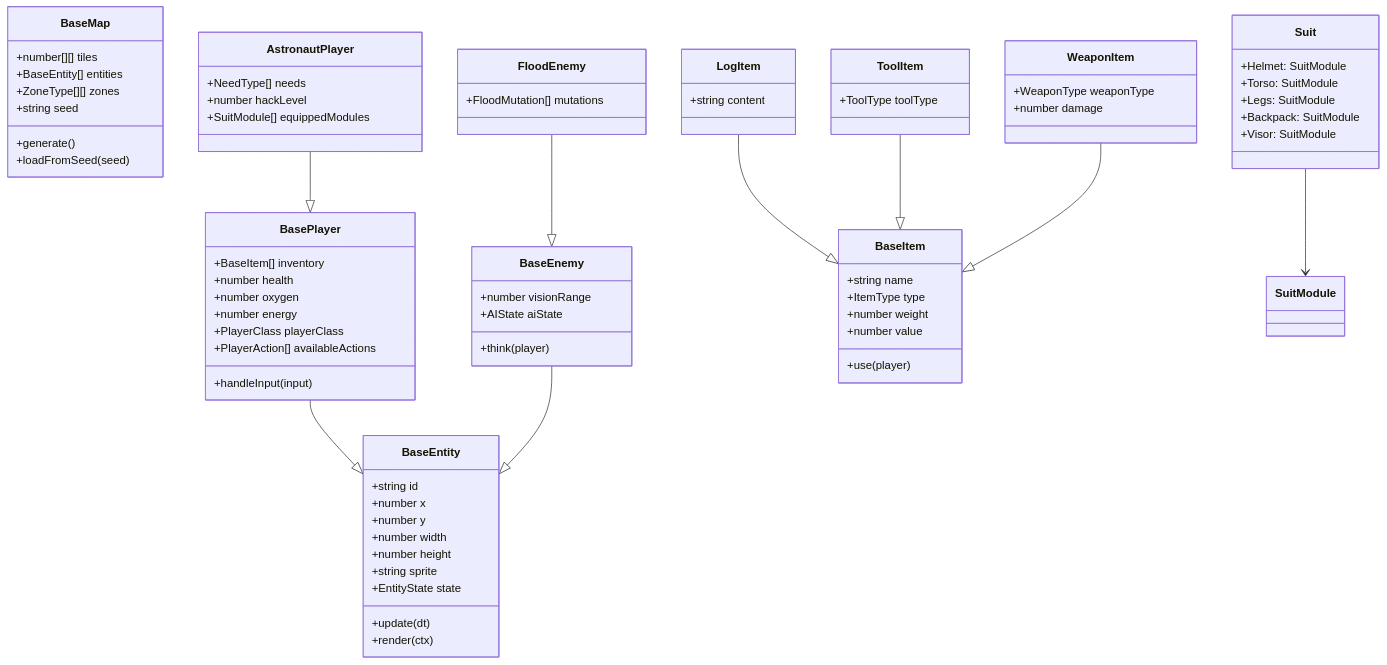
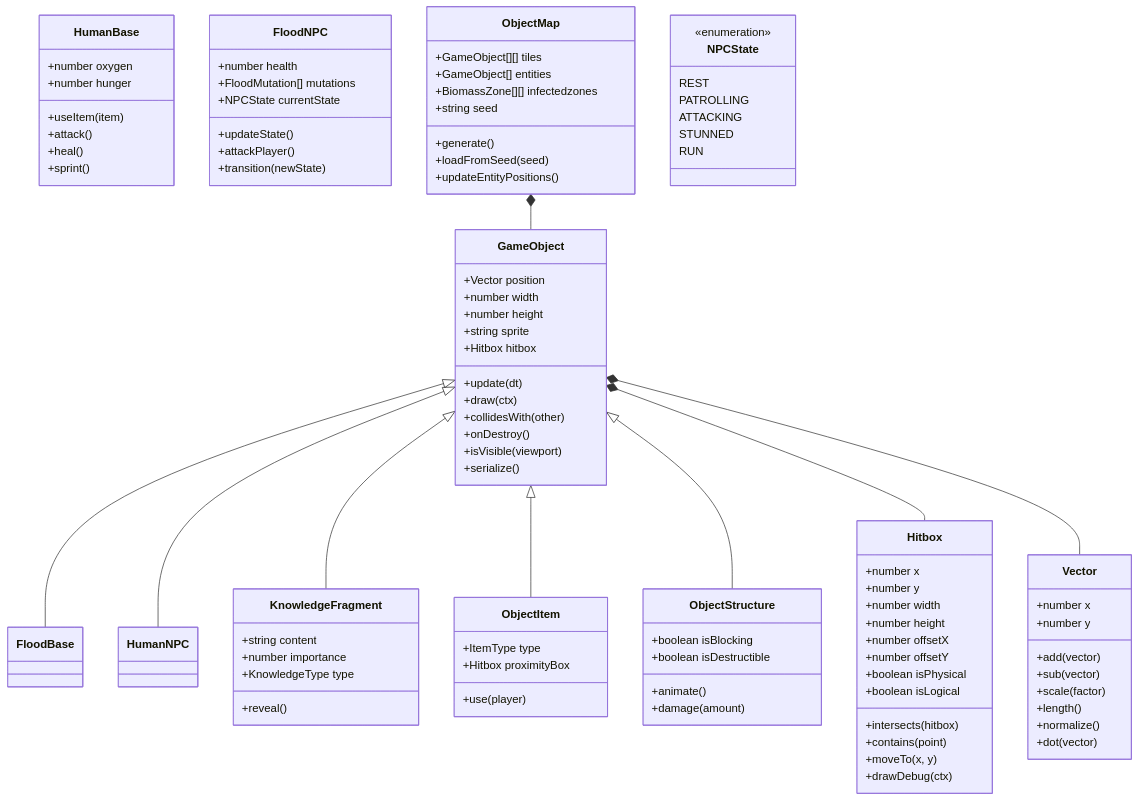
One commit to MAAN-STUDIOS/base-human-edition changed the diagram in GDD.md. Above: the diagram before and after it, drawn with Mermaid. The commit also changed other lines of this file, not shown here.

````diff
--- a/GDD.md
+++ b/GDD.md
@@ -370,91 +163,109 @@
 ```mermaid
+classDiagram
+    class GameObject {
+        +Vector position
+        +number width
+        +number height
+        +string sprite
+        +Hitbox hitbox
+        +update(dt)
+        +draw(ctx)
+        +collidesWith(other)
+        +onDestroy()
+        +isVisible(viewport)
+        +serialize()
+    }
 
-classDiagram
-    class BaseEntity {
-        +string id
+    class HumanBase {
+        +number oxygen
+        +number hunger
+        +useItem(item)
+        +attack()
+        +heal()
+        +sprint()
+    }
+
+    class FloodNPC {
+        +number health
+        +FloodMutation[] mutations
+        +NPCState currentState
+        +updateState()
+        +attackPlayer()
+        +transition(newState)
+    }
+
+
+    class ObjectMap {
+        +GameObject[][] tiles
+        +GameObject[] entities
+        +BiomassZone[][] infectedzones
+        +string seed
+        +generate()
+        +loadFromSeed(seed)
+        +updateEntityPositions()
+    }
+
+    class KnowledgeFragment {
+        +string content
+        +number importance
+        +KnowledgeType type
+        +reveal()
+    }
+
+    class Vector {
+        +number x
+        +number y
+        +add(vector)
+        +sub(vector)
+        +scale(factor)
+        +length()
+        +normalize()
+        +dot(vector)
+    }
+
+    class Hitbox {
         +number x
         +number y
         +number width
         +number height
-        +string sprite
-        +EntityState state
-        +update(dt)
-        +render(ctx)
+        +number offsetX
+        +number offsetY
+        +boolean isPhysical
+        +boolean isLogical
+        +intersects(hitbox)
+        +contains(point)
+        +moveTo(x, y)
+        +drawDebug(ctx)
     }
 
-    class BasePlayer {
-        +BaseItem[] inventory
-        +number health
-        +number oxygen
-        +number energy
-        +PlayerClass playerClass
-        +PlayerAction[] availableActions
-        +handleInput(input)
+    class ObjectItem {
+        +ItemType type
+        +use(player)
+        +Hitbox proximityBox
     }
 
-    class BaseEnemy {
-        +number visionRange
-        +AIState aiState
-        +think(player)
+    class ObjectStructure {
+        +boolean isBlocking
+        +boolean isDestructible
+        +animate()
+        +damage(amount)
     }
 
-    class BaseMap {
-        +number[][] tiles
-        +BaseEntity[] entities
-        +ZoneType[][] zones
-        +string seed
-        +generate()
-        +loadFromSeed(seed)
+    class NPCState {
+        <<enumeration>>
+        REST
+        PATROLLING
+        ATTACKING
+        STUNNED
+        RUN
     }
 
-    class BaseItem {
-        +string name
-        +ItemType type
-        +number weight
-        +number value
-        +use(player)
-    }
-
-    class AstronautPlayer {
-        +NeedType[] needs
-        +number hackLevel
-        +SuitModule[] equippedModules
-    }
-
-    class FloodEnemy {
-        +FloodMutation[] mutations
-    }
-
-    class LogItem {
-        +string content
-    }
-
-    class ToolItem {
-        +ToolType toolType
-    }
-
-    class WeaponItem {
-        +WeaponType weaponType
-        +number damage
-    }
-
-    class Suit {
-        +Helmet: SuitModule
-        +Torso: SuitModule
-        +Legs: SuitModule
-        +Backpack: SuitModule
-        +Visor: SuitModule
-    }
-
-    class SuitModule {
-    }
-
-    BasePlayer --|> BaseEntity
-    BaseEnemy --|> BaseEntity
-    AstronautPlayer --|> BasePlayer
-    FloodEnemy --|> BaseEnemy
-    LogItem --|> BaseItem
-    ToolItem --|> BaseItem
-    WeaponItem --|> BaseItem
-    Suit --> SuitModule
+    GameObject <|-- FloodBase
+    GameObject <|-- HumanNPC
+    GameObject <|-- KnowledgeFragment
+    GameObject <|-- ObjectItem
+    GameObject <|-- ObjectStructure
+    GameObject *-- Hitbox
+    GameObject *-- Vector
+    ObjectMap *-- GameObject
 ```
````
